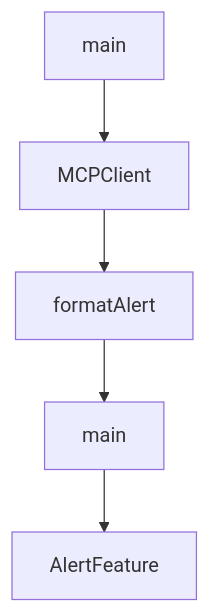
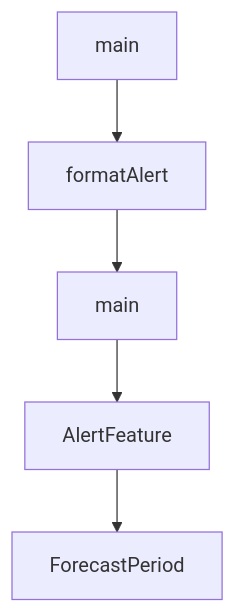
Before and after one commit to johnxie/awesome-code-docs: the diagram in tutorials/mcp-quickstart-resources-tutorial/05-smoke-tests-and-mock-infrastructure.md, drawn with Mermaid. The commit also changed other lines of this file and 1232 other files, not shown here.

````diff
--- a/tutorials/mcp-quickstart-resources-tutorial/05-smoke-tests-and-mock-infrastructure.md
+++ b/tutorials/mcp-quickstart-resources-tutorial/05-smoke-tests-and-mock-infrastructure.md
@@ -194,12 +170,12 @@
 ```mermaid
 flowchart TD
     A[main]
-    B[MCPClient]
-    C[formatAlert]
-    D[main]
-    E[AlertFeature]
+    B[formatAlert]
+    C[main]
+    D[AlertFeature]
+    E[ForecastPeriod]
     A --> B
     B --> C
     C --> D
     D --> E
 ```
````
